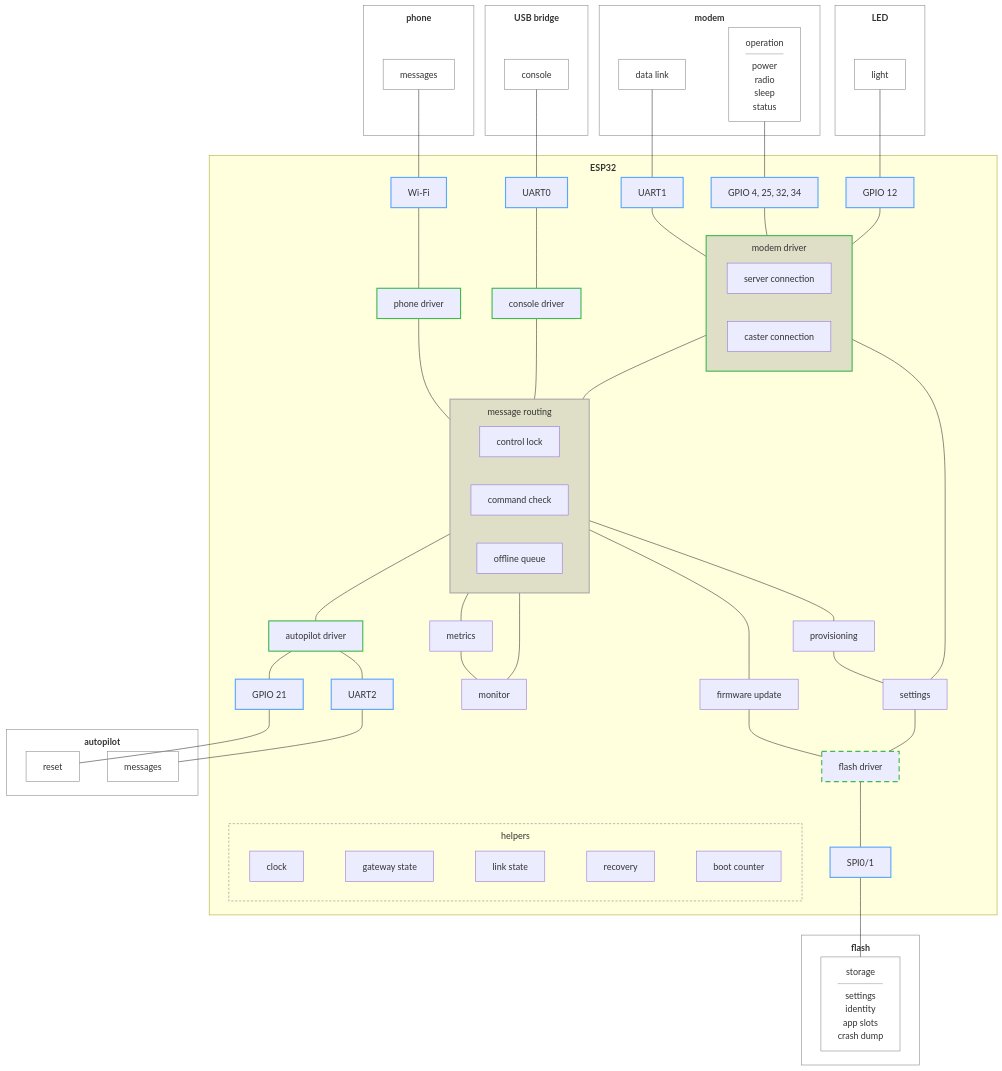
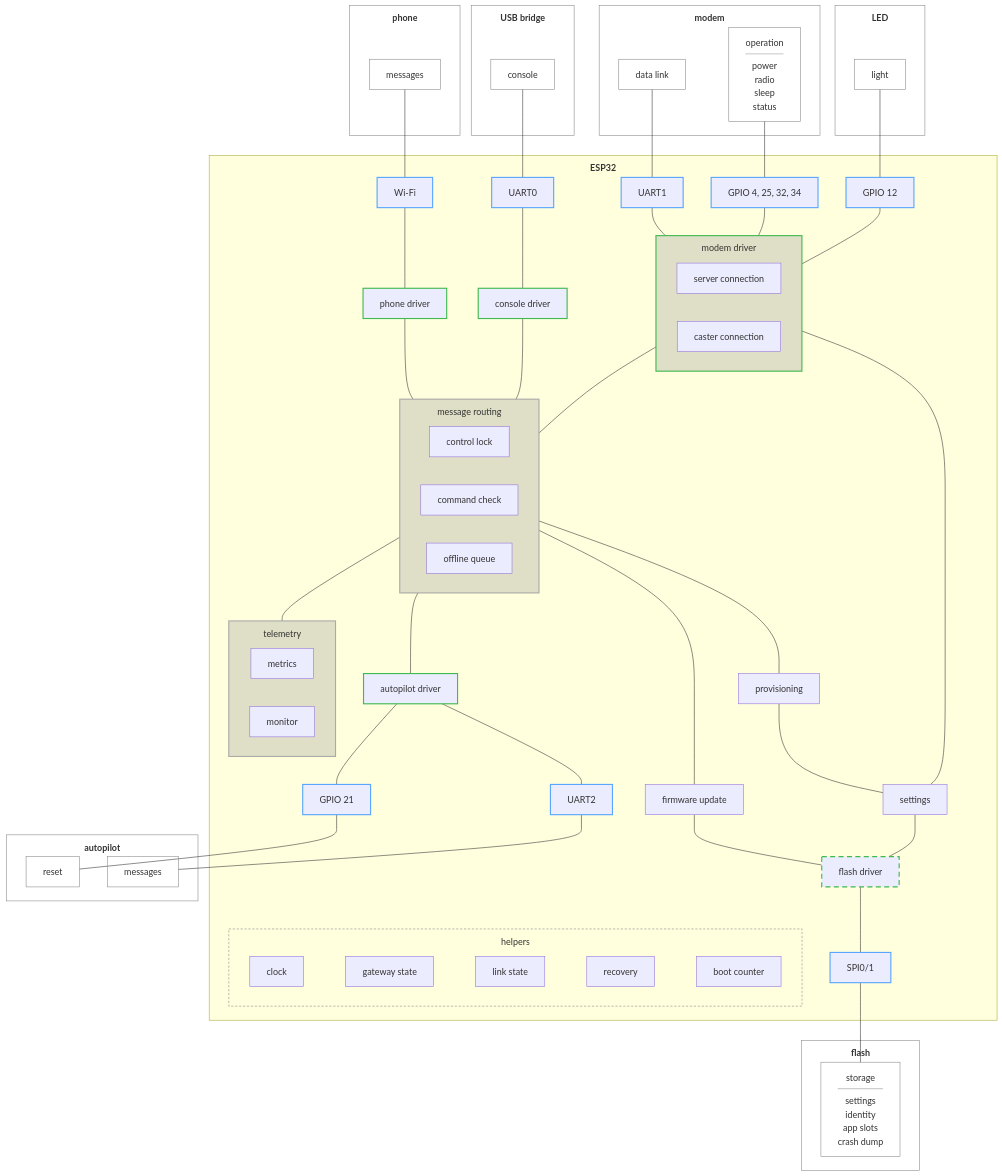
One commit to rmx-lt/rmx-mower-gateway changed the diagram in .esp-architecture/diagrams/block-draft.md. Above: the diagram before and after it, drawn with Mermaid.

Commit message:
Draft: telemetry with metrics and monitor

```diff
--- a/.esp-architecture/diagrams/block-draft.md
+++ b/.esp-architecture/diagrams/block-draft.md
@@ -44,8 +44,10 @@
     end
     prov["provisioning"]
     upd["firmware update"]
-    met["metrics"]
-    mon["monitor"]
+    subgraph tel["telemetry"]
+      met["metrics"]
+      mon["monitor"]
+    end
     subgraph help["helpers"]
       clk["clock"]
       state["gateway state"]
@@ -77,10 +79,8 @@
   con --- msg
   conn --- msg
   msg --- upd
-  msg --- met
+  msg --- tel
   msg --- bl
-  met --- mon
-  msg --- mon
   conn --- set
   prov --- set
   upd --- fs
@@ -97,7 +97,7 @@
   classDef helpers fill:none,stroke:#888,stroke-dasharray:4 3
   class help helpers
   classDef owner fill:#8884,stroke:#aaa,stroke-width:2px
-  class msg owner
+  class msg,tel owner
   classDef ownerdriver fill:#8884,stroke:#3fb950,stroke-width:2px
   class conn ownerdriver
   classDef device fill:none,stroke:#888
```
